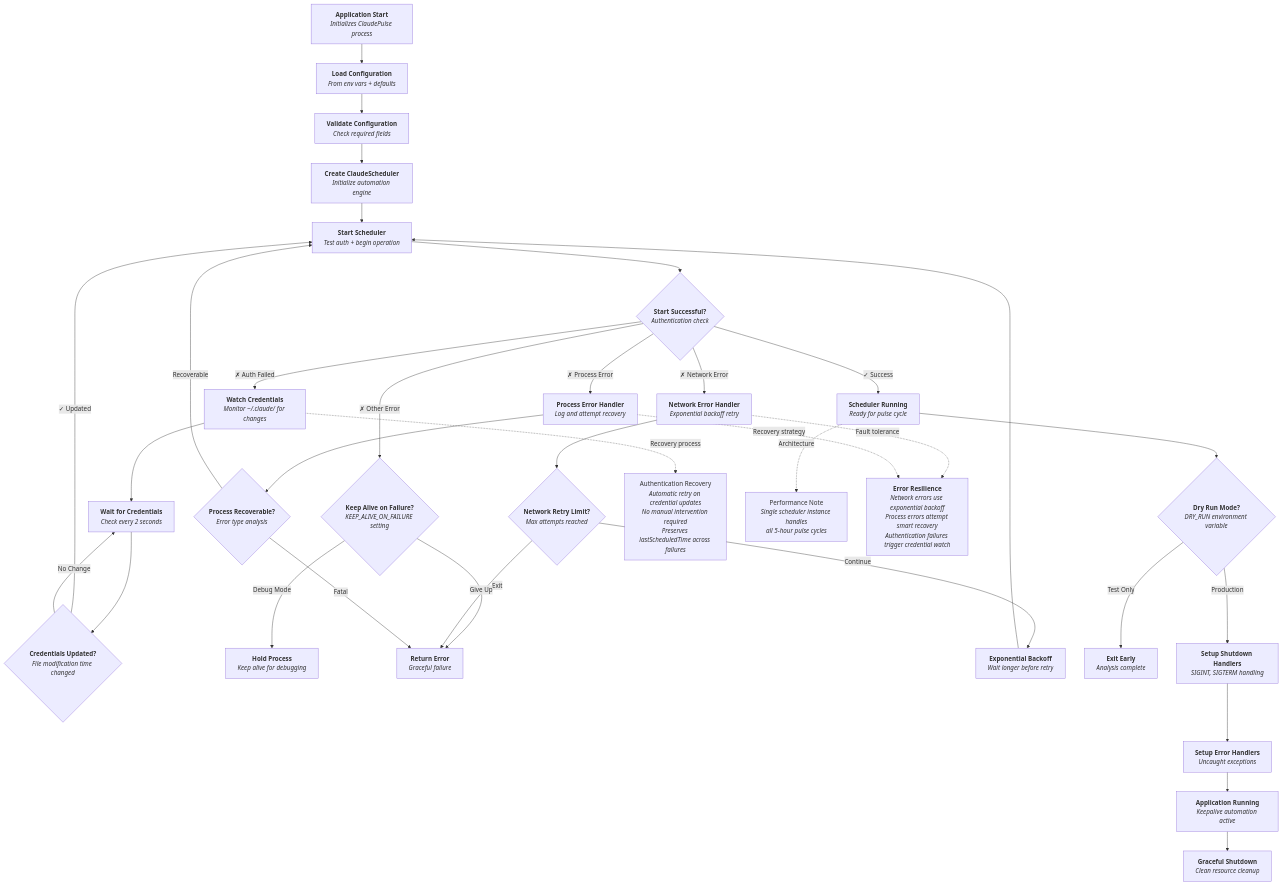
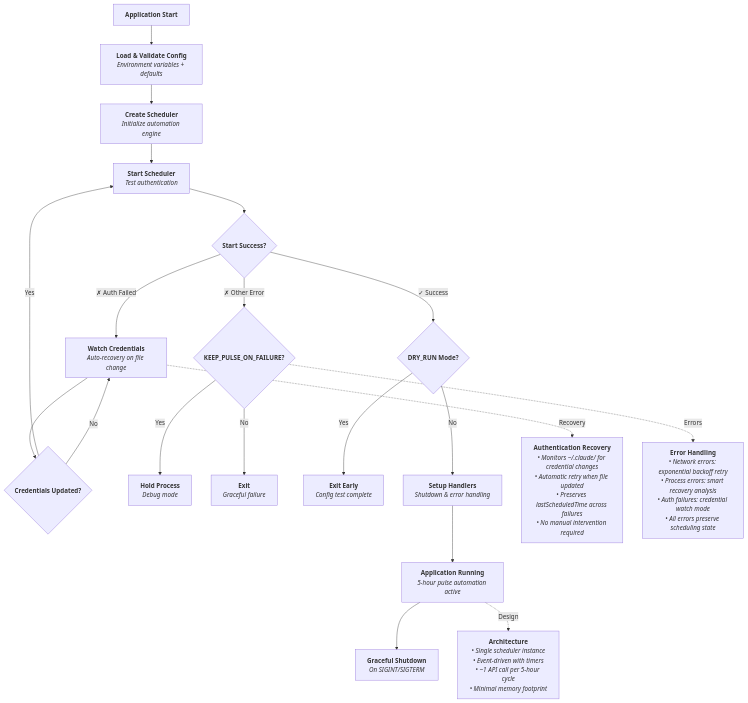
One commit to substance0/claudepulse changed the second of 11 diagrams in docs/workflow-diagrams.md. Above: the diagram before and after it, drawn with Mermaid. The commit also changed other lines of this file and 38 other files, not shown here.

First line of the commit message:
feat: ClaudePulse v1.0.0 - Production-ready automated Claude session manager

````diff
--- a/docs/workflow-diagrams.md
+++ b/docs/workflow-diagrams.md
@@ -22,98 +62,62 @@
 ```mermaid
 graph TD
-    A["`**Application Start**
-    _Initializes ClaudePulse process_`"] --> B["`**Load Configuration**
-    _From env vars + defaults_`"]
+    A["`**Application Start**`"] --> B["`**Load & Validate Config**
+    _Environment variables + defaults_`"]
 
-    B --> C["`**Validate Configuration**
-    _Check required fields_`"]
-
-    C --> D["`**Create ClaudeScheduler**
+    B --> C["`**Create Scheduler**
     _Initialize automation engine_`"]
 
-    D --> E["`**Start Scheduler**
-    _Test auth + begin operation_`"]
+    C --> D["`**Start Scheduler**
+    _Test authentication_`"]
 
-    E --> F{"`**Start Successful?**
-    _Authentication check_`"}
+    D --> E{"`**Start Success?**`"}
 
-    F -->|"✗ Auth Failed"| G["`**Watch Credentials**
-    _Monitor ~/.claude/ for changes_`"]
+    E -->|"✗ Auth Failed"| F["`**Watch Credentials**
+    _Auto-recovery on file change_`"]
+    F --> G{"`**Credentials Updated?**`"}
+    G -->|"Yes"| D
+    G -->|"No"| F
 
-    F -->|"✗ Other Error"| H{"`**Keep Alive on Failure?**
-    _KEEP_ALIVE_ON_FAILURE setting_`"}
-
-    F -->|"✗ Network Error"| AA["`**Network Error Handler**
-    _Exponential backoff retry_`"]
-
-    F -->|"✗ Process Error"| BB["`**Process Error Handler**
-    _Log and attempt recovery_`"]
-
-    F -->|"✓ Success"| I["`**Scheduler Running**
-    _Ready for pulse cycle_`"]
-
-    G --> J["`**Wait for Credentials**
-    _Check every 2 seconds_`"]
-
-    J --> K{"`**Credentials Updated?**
-    _File modification time changed_`"}
-
-    K -->|"✓ Updated"| E
-    K -->|"No Change"| J
-
-    H -->|"Debug Mode"| L["`**Hold Process**
-    _Keep alive for debugging_`"]
-
-    H -->|"Exit"| M["`**Return Error**
+    E -->|"✗ Other Error"| H{"`**KEEP_PULSE_ON_FAILURE?**`"}
+    H -->|"Yes"| I["`**Hold Process**
+    _Debug mode_`"]
+    H -->|"No"| J["`**Exit**
     _Graceful failure_`"]
 
-    AA --> CC{"`**Network Retry Limit?**
-    _Max attempts reached_`"}
-    CC -->|"Continue"| DD["`**Exponential Backoff**
-    _Wait longer before retry_`"]
-    CC -->|"Give Up"| M
-    DD --> E
+    E -->|"✓ Success"| K{"`**DRY_RUN Mode?**`"}
 
-    BB --> EE{"`**Process Recoverable?**
-    _Error type analysis_`"}
-    EE -->|"Recoverable"| E
-    EE -->|"Fatal"| M
+    K -->|"Yes"| L["`**Exit Early**
+    _Config test complete_`"]
 
-    I --> N{"`**Dry Run Mode?**
-    _DRY_RUN environment variable_`"}
+    K -->|"No"| M["`**Setup Handlers**
+    _Shutdown & error handling_`"]
 
-    N -->|"Test Only"| O["`**Exit Early**
-    _Analysis complete_`"]
+    M --> N["`**Application Running**
+    _5-hour pulse automation active_`"]
 
-    N -->|"Production"| P["`**Setup Shutdown Handlers**
-    _SIGINT, SIGTERM handling_`"]
+    N --> O["`**Graceful Shutdown**
+    _On SIGINT/SIGTERM_`"]
 
-    P --> Q["`**Setup Error Handlers**
-    _Uncaught exceptions_`"]
+    %% Annotations
+    NOTE_AUTH["`**Authentication Recovery**
+    _• Monitors ~/.claude/ for credential changes
+    • Automatic retry when file updated
+    • Preserves lastScheduledTime across failures
+    • No manual intervention required_`"]
 
-    Q --> R["`**Application Running**
-    _Keepalive automation active_`"]
+    NOTE_ERROR["`**Error Handling**
+    _• Network errors: exponential backoff retry
+    • Process errors: smart recovery analysis
+    • Auth failures: credential watch mode
+    • All errors preserve scheduling state_`"]
 
-    R --> S["`**Graceful Shutdown**
-    _Clean resource cleanup_`"]
+    NOTE_ARCH["`**Architecture**
+    _• Single scheduler instance
+    • Event-driven with timers
+    • ~1 API call per 5-hour cycle
+    • Minimal memory footprint_`"]
 
-    %% Visual annotations
-    NOTE1["`Authentication Recovery
-    _Automatic retry on credential updates
-    No manual intervention required
-    Preserves lastScheduledTime across failures_`"]
-
-    NOTE2["`Performance Note
-    _Single scheduler instance handles
-    all 5-hour pulse cycles_`"]
-
-    NOTE3["`**Error Resilience**
-    _Network errors use exponential backoff
-    Process errors attempt smart recovery
-    Authentication failures trigger credential watch_`"]
-
-    G -.->|"Recovery process"| NOTE1
-    I -.->|"Architecture"| NOTE2
-    AA -.->|"Fault tolerance"| NOTE3
-    BB -.->|"Recovery strategy"| NOTE3
+    F -.->|"Recovery"| NOTE_AUTH
+    H -.->|"Errors"| NOTE_ERROR
+    N -.->|"Design"| NOTE_ARCH
 ```
````
